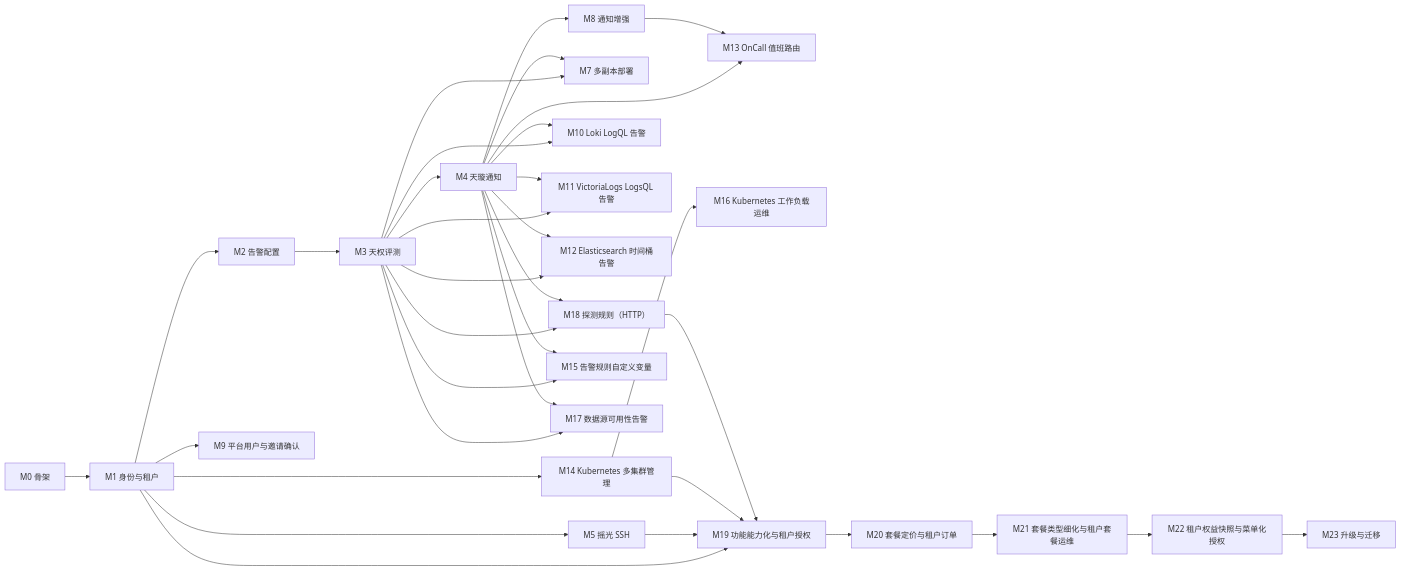
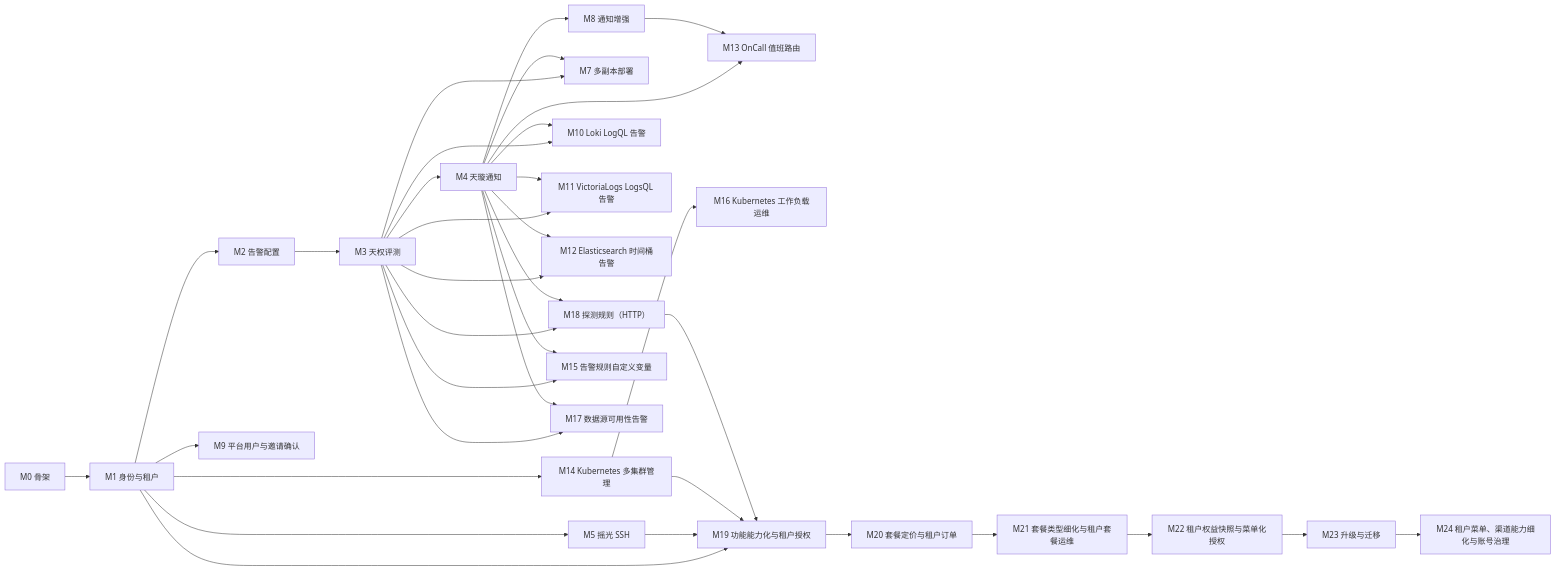
Before and after one commit to aide-family/moon: the diagram in docs/roadmap.md, drawn with Mermaid. The commit also changed other lines of this file and 2 other files, not shown here.

````diff
--- a/docs/roadmap.md
+++ b/docs/roadmap.md
@@ -49,56 +50,58 @@
 ```mermaid
 flowchart LR
   m0[M0 骨架]
   m1[M1 身份与租户]
   m2[M2 告警配置]
   m3[M3 天权评测]
   m4[M4 天璇通知]
   m5[M5 摇光 SSH]
   m7[M7 多副本部署]
   m8[M8 通知增强]
   m9[M9 平台用户与邀请确认]
   m10[M10 Loki LogQL 告警]
   m11[M11 VictoriaLogs LogsQL 告警]
   m12[M12 Elasticsearch 时间桶告警]
   m13[M13 OnCall 值班路由]
   m14[M14 Kubernetes 多集群管理]
   m15[M15 告警规则自定义变量]
   m16[M16 Kubernetes 工作负载运维]
   m17[M17 数据源可用性告警]
   m18[M18 探测规则（HTTP）]
   m19[M19 功能能力化与租户授权]
   m20[M20 套餐定价与租户订单]
   m21[M21 套餐类型细化与租户套餐运维]
   m22[M22 租户权益快照与菜单化授权]
   m23[M23 升级与迁移]
+  m24[M24 租户菜单、渠道能力细化与账号治理]
   m0 --> m1 --> m2 --> m3 --> m4
   m1 --> m5
   m1 --> m9
   m1 --> m14
   m14 --> m16
   m3 --> m7
   m4 --> m7
   m4 --> m8
   m3 --> m10
   m4 --> m10
   m3 --> m11
   m4 --> m11
   m3 --> m12
   m4 --> m12
   m4 --> m13
   m8 --> m13
   m3 --> m15
   m4 --> m15
   m3 --> m17
   m4 --> m17
   m3 --> m18
   m4 --> m18
   m1 --> m19
   m5 --> m19
   m14 --> m19
   m18 --> m19
   m19 --> m20
   m20 --> m21
   m21 --> m22
   m22 --> m23
+  m23 --> m24
 ```
````
